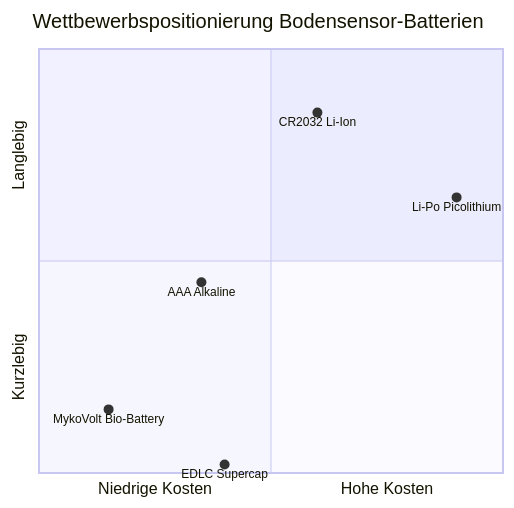
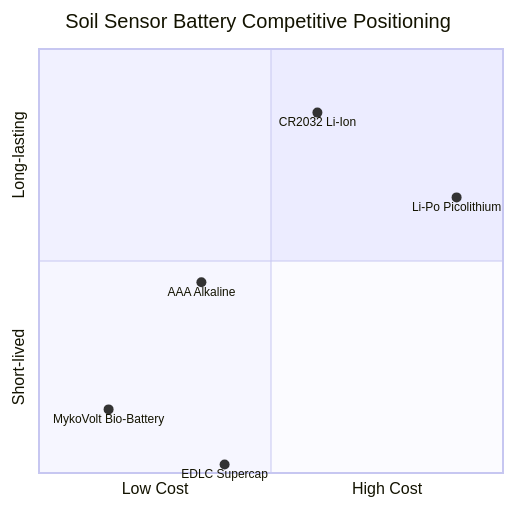
Before and after one commit to tobias-weiss-ai-xr/mykovolt: the eighth of 8 diagrams in README.md, drawn with Mermaid. The commit also changed other lines of this file and 1 other file, not shown here.

````diff
--- a/README.md
+++ b/README.md
@@ -283,11 +283,11 @@
 ```mermaid
 quadrantChart
-    title Wettbewerbspositionierung Bodensensor-Batterien
-    x-axis "Niedrige Kosten" --> "Hohe Kosten"
-    y-axis "Kurzlebig" --> "Langlebig"
+    title Soil Sensor Battery Competitive Positioning
+    x-axis "Low Cost" --> "High Cost"
+    y-axis "Short-lived" --> "Long-lasting"
     "MykoVolt Bio-Battery": [0.15, 0.15]
     "CR2032 Li-Ion": [0.6, 0.85]
     "AAA Alkaline": [0.35, 0.45]
     "Li-Po Picolithium": [0.9, 0.65]
     "EDLC Supercap": [0.4, 0.02]
 ```
````
